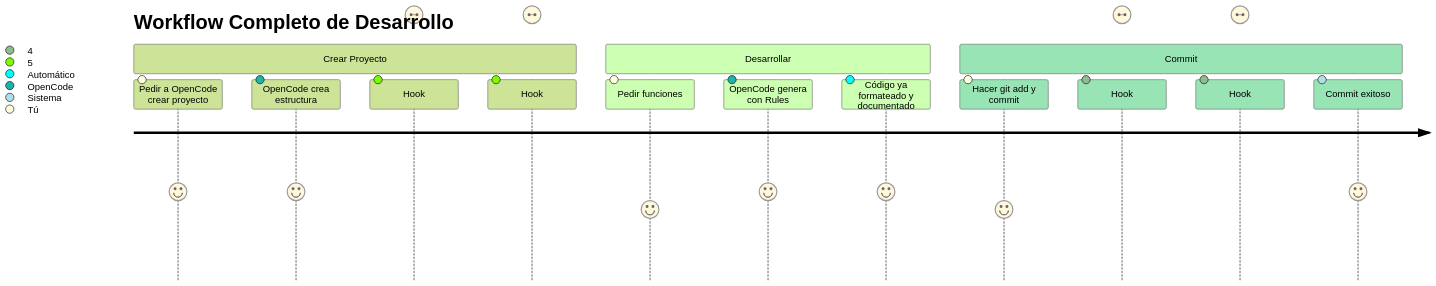
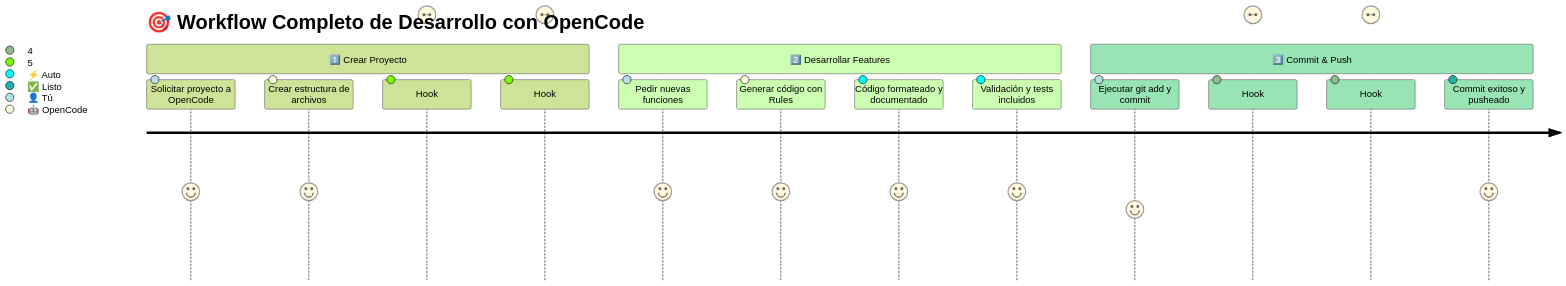
Before and after one commit to Ai-Whisperers/Courses-Content: diagram 13 of 16 in courses/🟡-development/FPUNA-2026/00-FUNDAMENTOS-PRINCIPALES/02-maestria-configuracion.md, drawn with Mermaid (forest theme). The commit also changed other lines of this file, not shown here.

First line of the commit message:
Complete all 15 Mermaid diagrams in 02-maestria-configuracion.md

````diff
--- a/courses/🟡-development/FPUNA-2026/00-FUNDAMENTOS-PRINCIPALES/02-maestria-configuracion.md
+++ b/courses/🟡-development/FPUNA-2026/00-FUNDAMENTOS-PRINCIPALES/02-maestria-configuracion.md
@@ -1007,18 +1023,19 @@
 ```mermaid
 journey
-    title Workflow Completo de Desarrollo
-    section Crear Proyecto
-      Pedir a OpenCode crear proyecto: 5: Tú
-      OpenCode crea estructura: 5: OpenCode
-      Hook: Formatear código: 5: Automático
-      Hook: Agregar encabezado FPUNA: 5: Automático
-    section Desarrollar
-      Pedir funciones: 4: Tú
-      OpenCode genera con Rules: 5: OpenCode
-      Código ya formateado y documentado: 5: Automático
-    section Commit
-      Hacer git add y commit: 4: Tú
-      Hook: Ejecutar tests: 4: Automático
-      Hook: Verificar lint: 4: Automático
-      Commit exitoso: 5: Sistema
+    title 🎯 Workflow Completo de Desarrollo con OpenCode
+    section 1️⃣ Crear Proyecto
+      Solicitar proyecto a OpenCode: 5: 👤 Tú
+      Crear estructura de archivos: 5: 🤖 OpenCode
+      Hook: Formatear código auto: 5: ⚡ Auto
+      Hook: Agregar header FPUNA: 5: ⚡ Auto
+    section 2️⃣ Desarrollar Features
+      Pedir nuevas funciones: 5: 👤 Tú
+      Generar código con Rules: 5: 🤖 OpenCode
+      Código formateado y documentado: 5: ⚡ Auto
+      Validación y tests incluidos: 5: ⚡ Auto
+    section 3️⃣ Commit & Push
+      Ejecutar git add y commit: 4: 👤 Tú
+      Hook: Correr tests automático: 4: ⚡ Auto
+      Hook: Verificar lint y estilo: 4: ⚡ Auto
+      Commit exitoso y pusheado: 5: ✅ Listo
 ```
````
